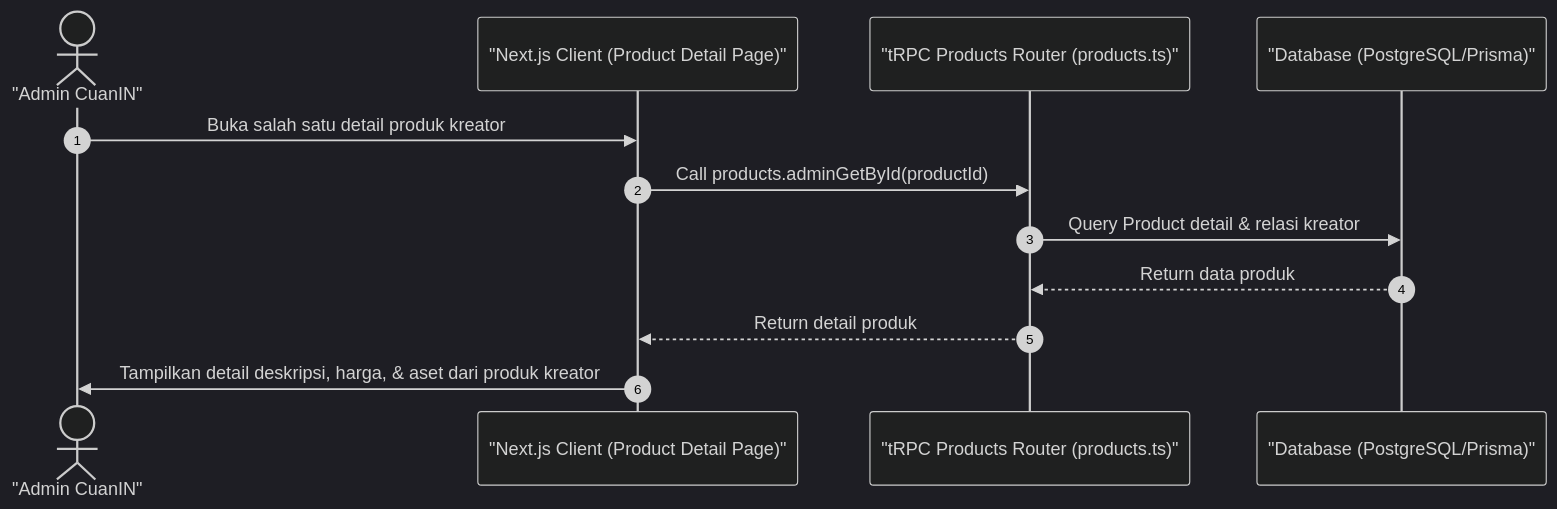
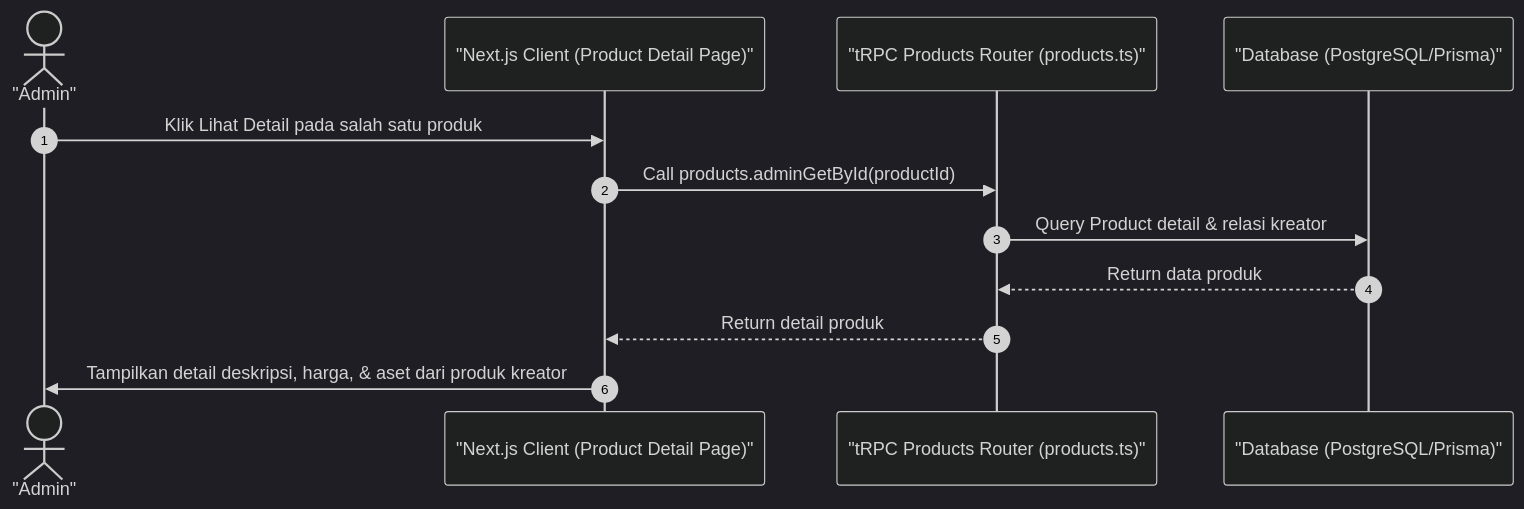
Before and after one commit to luputer/CuanIN: the diagram in docs/07-admin-kreator-product-detail.md, drawn with Mermaid (dark theme). The commit also changed 53 other files, not shown here.

````diff
--- a/docs/07-admin-kreator-product-detail.md
+++ b/docs/07-admin-kreator-product-detail.md
@@ -5,16 +5,16 @@
 ```mermaid
 sequenceDiagram
     autonumber
-    actor Admin as "Admin CuanIN"
+    actor Admin as "Admin"
     participant Client as "Next.js Client (Product Detail Page)"
     participant Server as "tRPC Products Router (products.ts)"
     participant DB as "Database (PostgreSQL/Prisma)"
 
-    Admin->>Client: Buka salah satu detail produk kreator
+    Admin->>Client: Klik Lihat Detail pada salah satu produk
     Client->>Server: Call products.adminGetById(productId)
     Server->>DB: Query Product detail & relasi kreator
     DB-->>Server: Return data produk
     Server-->>Client: Return detail produk
     Client->>Admin: Tampilkan detail deskripsi, harga, & aset dari produk kreator
 
 ```
````
